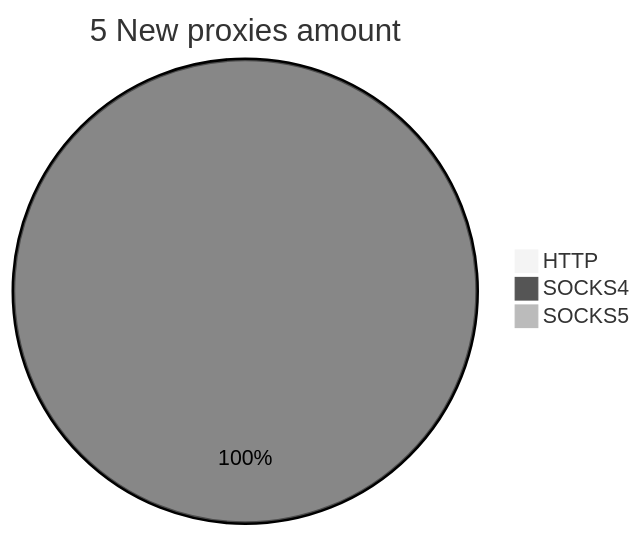
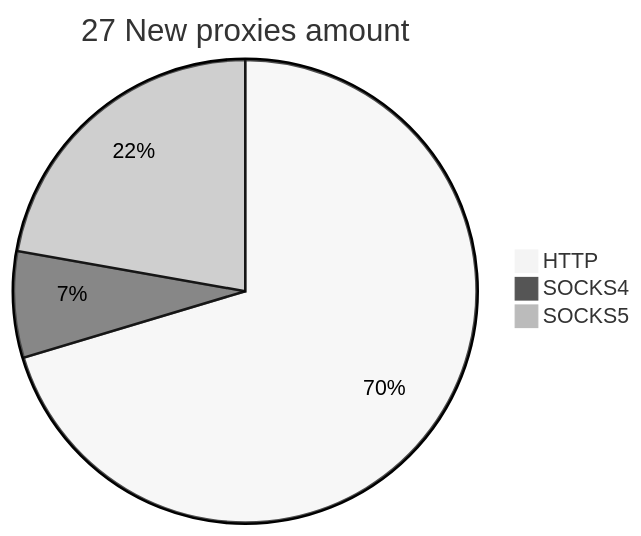
The second of 2 diagrams in README.md (cutipu/proxylist), drawn with Mermaid (neutral theme) before and after one commit. The commit also changed other lines of this file, not shown here.

````diff
--- a/README.md
+++ b/README.md
@@ -10,6 +10,6 @@
 ```mermaid
-pie title 5 New proxies amount
-    "HTTP" : 0
-    "SOCKS4" : 11
-    "SOCKS5" : 0
+pie title 27 New proxies amount
+    "HTTP" : 19
+    "SOCKS4" : 2
+    "SOCKS5" : 6
 ```
````
